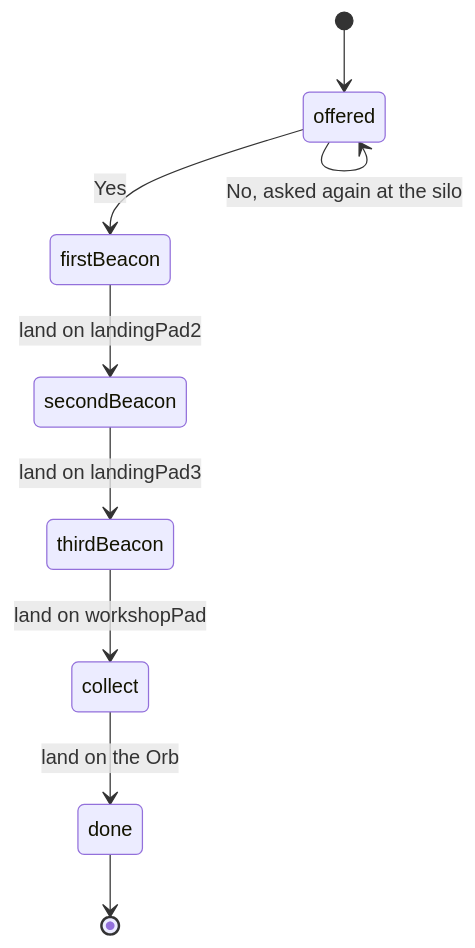
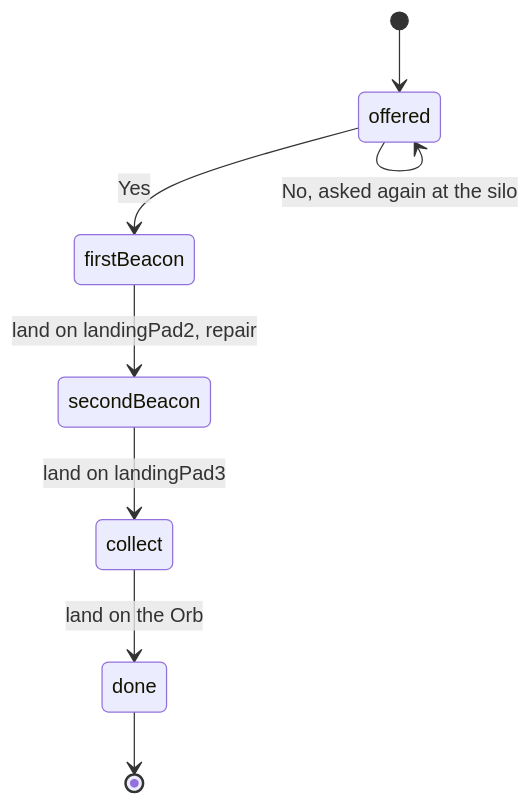
One commit to stfrha/leapfrog changed the second of 3 diagrams in leapfrog-game/documentation/lua_guide.md. Above: the diagram before and after it, drawn with Mermaid. The commit also changed other lines of this file and 13 other files, not shown here.

````diff
--- a/leapfrog-game/documentation/lua_guide.md
+++ b/leapfrog-game/documentation/lua_guide.md
@@ -108,11 +108,10 @@
 ```mermaid
 stateDiagram-v2
     [*] --> offered
     offered --> offered: No, asked again at the silo
     offered --> firstBeacon: Yes
-    firstBeacon --> secondBeacon: land on landingPad2
-    secondBeacon --> thirdBeacon: land on landingPad3
-    thirdBeacon --> collect: land on workshopPad
+    firstBeacon --> secondBeacon: land on landingPad2, repair
+    secondBeacon --> collect: land on landingPad3
     collect --> done: land on the Orb
     done --> [*]
 ```
````
